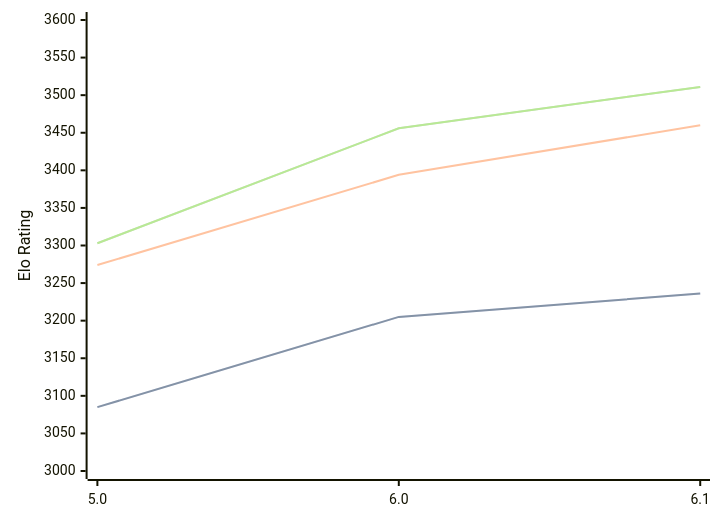
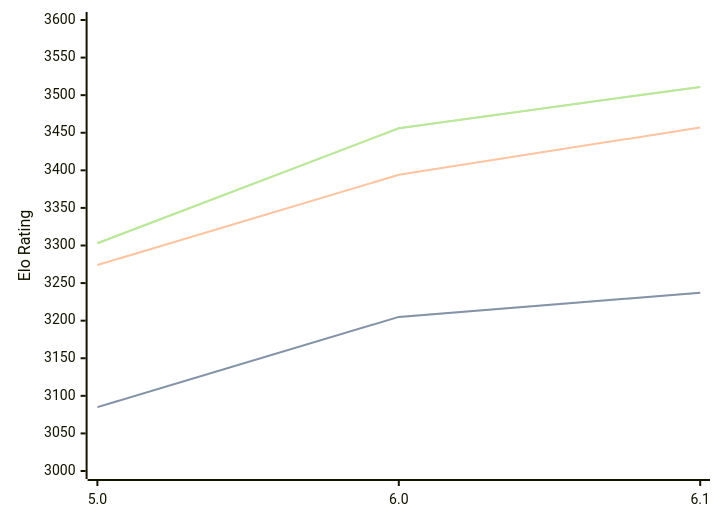
The diagram in engines/PZChessBot.md (computer-chess-index/cci), drawn with Mermaid before and after one commit. The commit also changed other lines of this file, not shown here.

Commit message:
Update CCI Ratings (ELO VLTC) - 2026-03-18

````diff
--- a/engines/PZChessBot.md
+++ b/engines/PZChessBot.md
@@ -40,11 +40,11 @@
 ```mermaid
 %%{init: {"theme":"base","themeVariables":{"seriesColors:['#a3a3a3','#222221','#faa371']}}}%%
 xychart-beta
   x-axis ["5.0", "6.0", "6.1"]
   y-axis "Elo Rating" 3000 --> 3600
-  line "STC (8.0+0.08s)" [3085, 3205, 3236]
-  line "STC (8.0+0.08s)" [3085, 3205, 3236]
-  line "LTC (60.0+0.60s)" [3274, 3394, 3460]
+  line "STC (8.0+0.08s)" [3085, 3205, 3237]
+  line "STC (8.0+0.08s)" [3085, 3205, 3237]
+  line "LTC (60.0+0.60s)" [3274, 3394, 3457]
   line "VLTC (2m24s+1.12s)" [3303, 3456, 3511]
   line "VLTC (2m24s+1.12s)" [3303, 3456, 3511]
 ```
````
